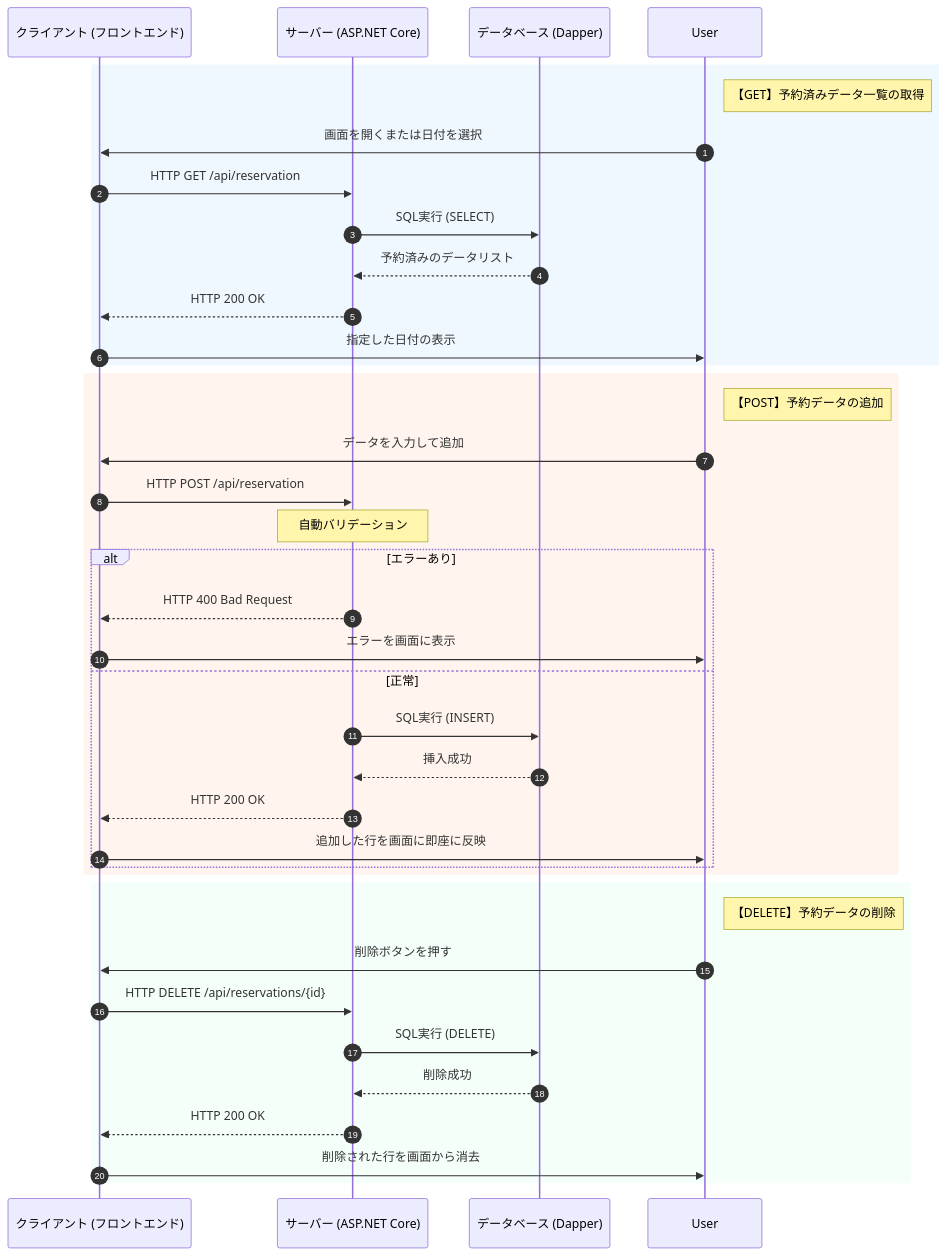
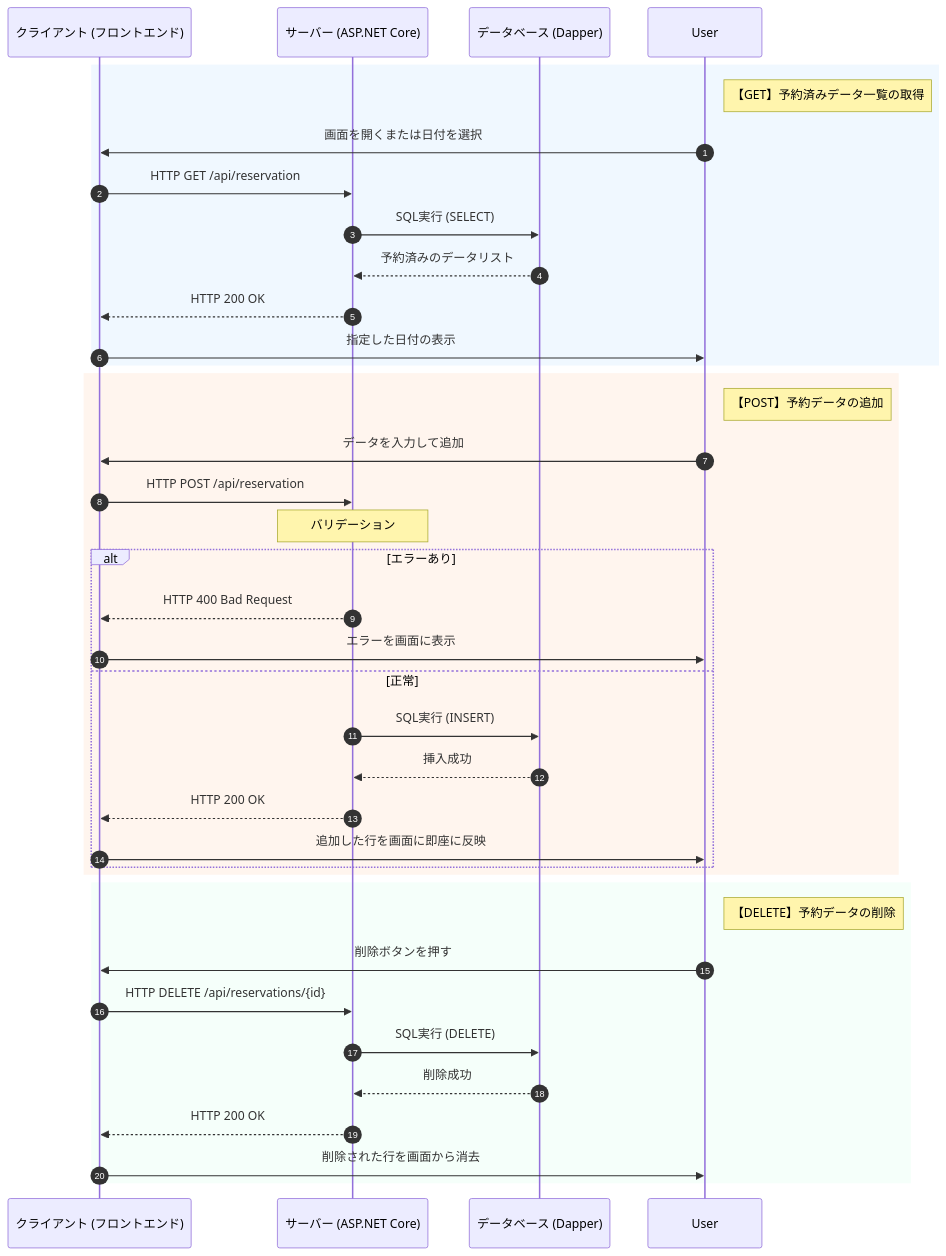
The diagram in README.md (hosotanik/Term2Team4), drawn with Mermaid before and after one commit.

````diff
--- a/README.md
+++ b/README.md
@@ -17,43 +17,43 @@
 ```mermaid
 sequenceDiagram
     autonumber
     participant Client as クライアント (フロントエンド)
     participant Server as サーバー (ASP.NET Core)
     participant DB as データベース (Dapper)
 
     rect rgb(240, 248, 255)
         note right of User: 【GET】予約済みデータ一覧の取得
         User->>Client: 画面を開くまたは日付を選択
         Client->>Server: HTTP GET /api/reservation
         Server->>DB: SQL実行 (SELECT)
         DB-->>Server: 予約済みのデータリスト
         Server-->>Client: HTTP 200 OK
         Client->>User: 指定した日付の表示
     end
 
     rect rgb(255, 245, 238)
         note right of User: 【POST】予約データの追加
         User->>Client: データを入力して追加
         Client->>Server: HTTP POST /api/reservation
-        note over Server: 自動バリデーション
+        note over Server: バリデーション
         alt エラーあり
             Server-->>Client: HTTP 400 Bad Request
             Client->>User: エラーを画面に表示
         else 正常
             Server->>DB: SQL実行 (INSERT)
             DB-->>Server: 挿入成功
             Server-->>Client: HTTP 200 OK
             Client->>User: 追加した行を画面に即座に反映
         end
     end
 
     rect rgb(245, 255, 250)
         note right of User: 【DELETE】予約データの削除
         User->>Client: 削除ボタンを押す
         Client->>Server: HTTP DELETE /api/reservations/{id}
         Server->>DB: SQL実行 (DELETE)
         DB-->>Server: 削除成功
         Server-->>Client: HTTP 200 OK
         Client->>User: 削除された行を画面から消去
     end
 ```
````
